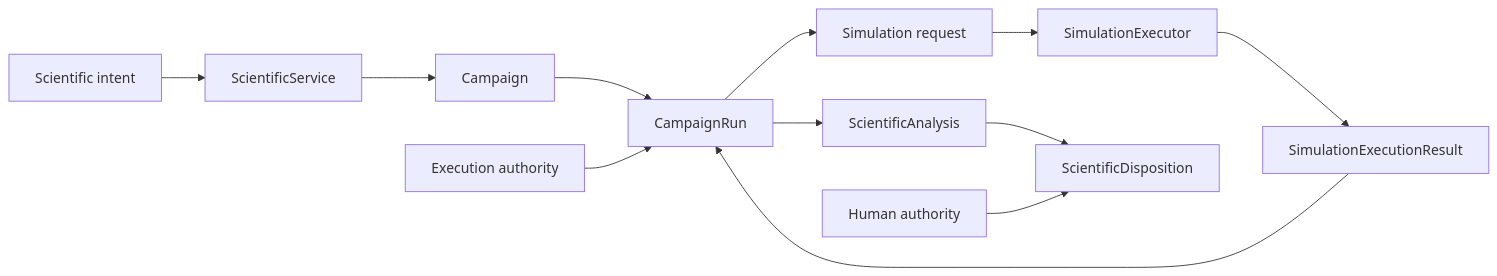
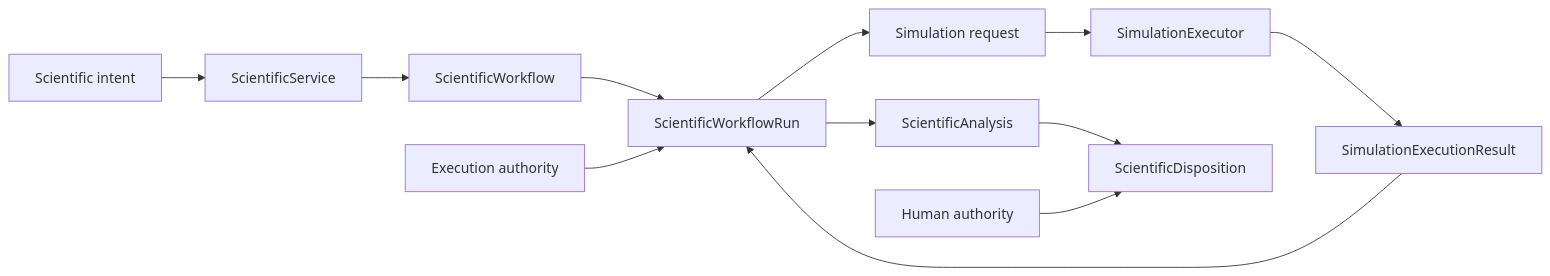
Before and after one commit to eragasa/ksdft2effmass: the diagram in docs/architecture/v2/workflow/control-plane.md, drawn with Mermaid. The commit also changed other lines of this file and 85 other files, not shown here.

Commit message:
docs(architecture): define workflow and harness agent v2

````diff
--- a/docs/architecture/v2/workflow/control-plane.md
+++ b/docs/architecture/v2/workflow/control-plane.md
@@ -20,14 +20,14 @@
 ```mermaid
 flowchart LR
     intent["Scientific intent"] --> service["ScientificService"]
-    service --> campaign["Campaign"]
-    campaign --> run["CampaignRun"]
+    service --> workflow_definition["ScientificWorkflow"]
+    workflow_definition --> run["ScientificWorkflowRun"]
     authority["Execution authority"] --> run
     run --> request["Simulation request"]
     request --> executor["SimulationExecutor"]
     executor --> result["SimulationExecutionResult"]
     result --> run
     run --> analysis["ScientificAnalysis"]
     analysis --> disposition["ScientificDisposition"]
     human["Human authority"] --> disposition
 ```
````
